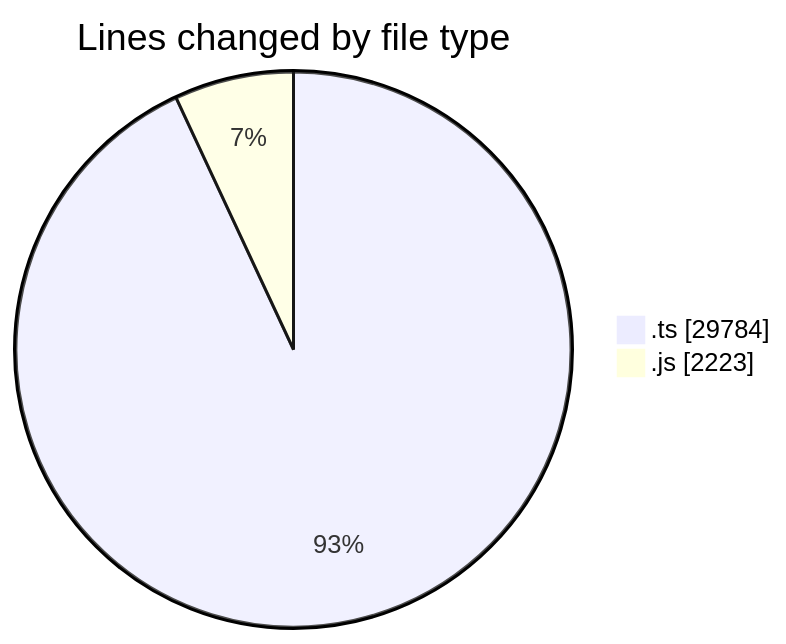
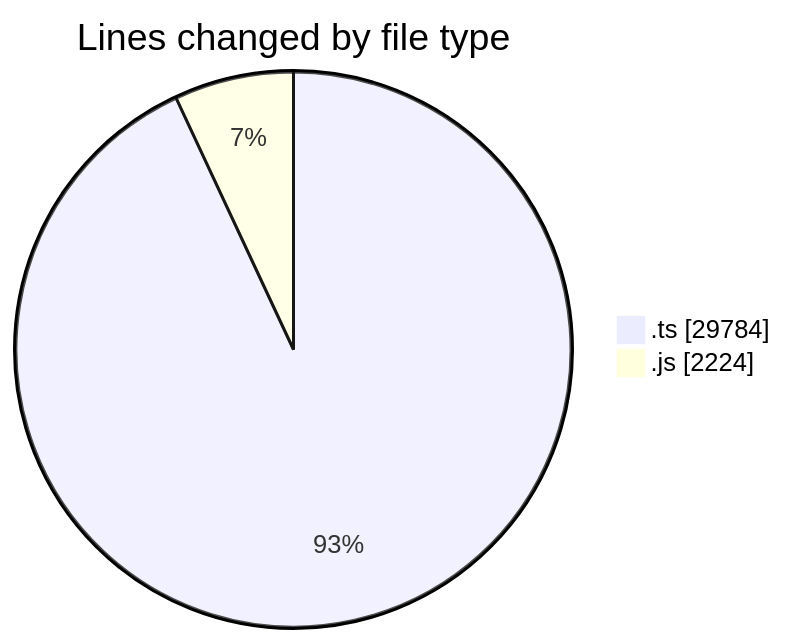
Before and after one commit to momahboobian/code-tracking: the first of 2 diagrams in 2025-06-26/cda/README.md, drawn with Mermaid. The commit also changed other lines of this file and 1 other file, not shown here.

````diff
--- a/2025-06-26/cda/README.md
+++ b/2025-06-26/cda/README.md
@@ -33,6 +33,6 @@
 ```mermaid
 pie showData
 title Lines changed by file type
 ".ts" : 29784
-".js" : 2223
+".js" : 2224
 ```
````
